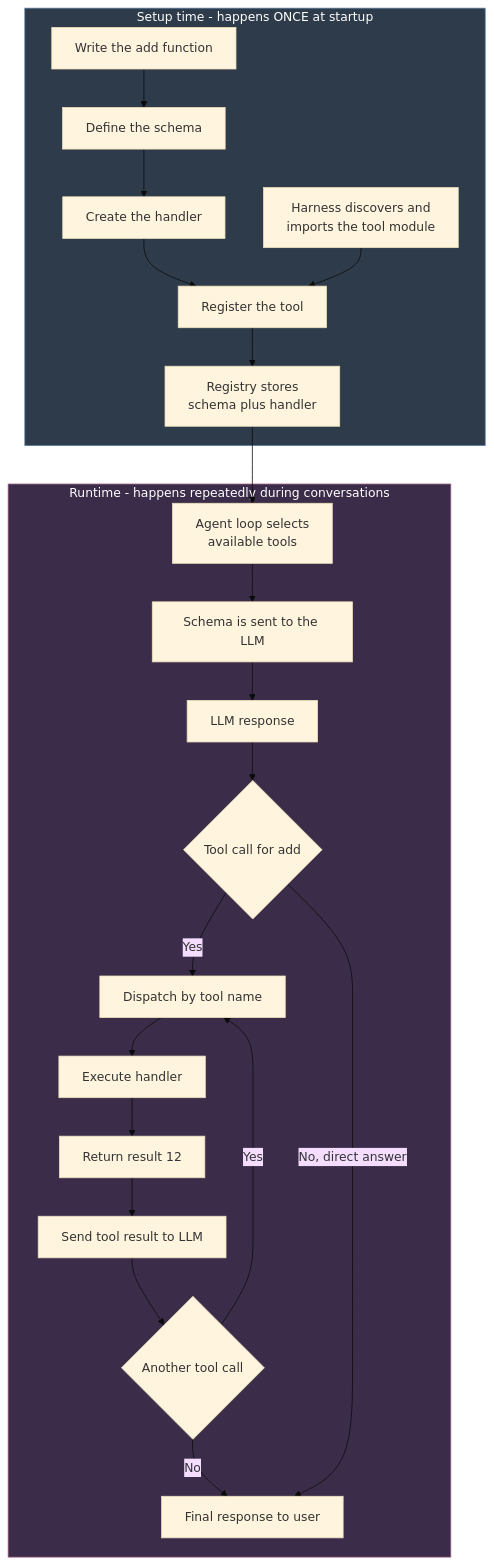
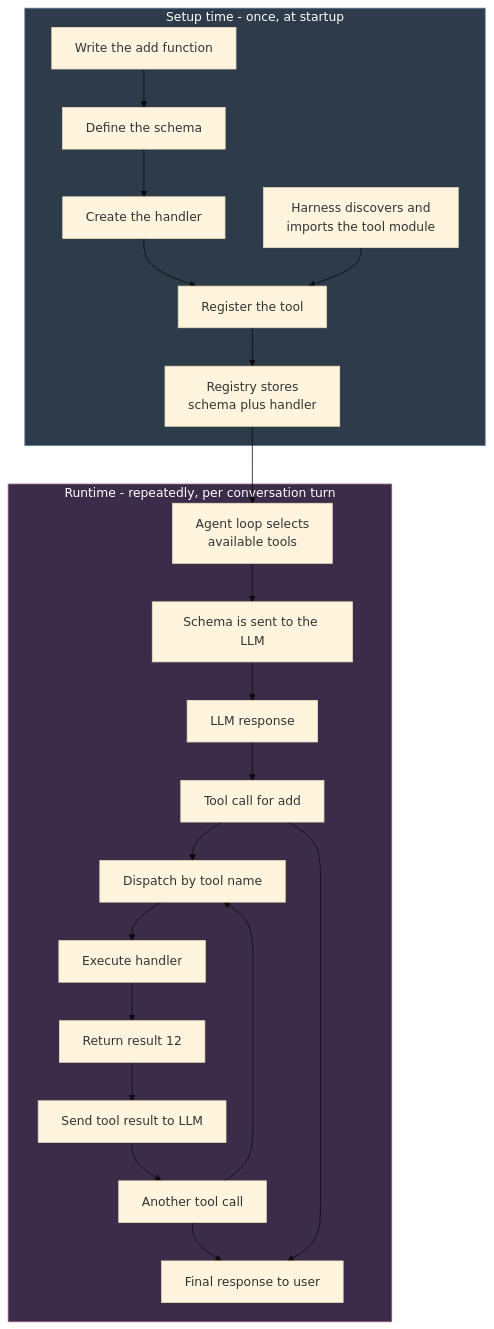
One commit to p229279-cmyk/oranare changed the diagram in docs/learn/day-02/02-tool-registry/00-big-picture.md. Above: the diagram before and after it, drawn with Mermaid (base theme).

Commit message:
Rebuild ToolRegistry lifecycle diagram to match the working style exactly
docs/learn/day-02/02-tool-registry/00-big-picture.md - the lifecycle
flowchart used decision diamonds ({...}) and edge labels (-->|Yes|)
that the ALREADY-confirmed-working diagram in
docs/engine/02-MODEL-PROVIDER.md never uses. Rebuilt to match that
diagram's exact conventions: every node is a plain rectangle ([...]),
every edge is its own separate single-arrow line (no chained A-->B-->C,
no |label| text on edges, no {decision} shapes).

Verified rendering correctness via a real headless-chromium render of
the actual extracted diagram block (not just mermaid.parse() syntax
validation) before committing - confirmed the SVG actually draws with
all nodes and both subgraphs visible.

````diff
--- a/docs/learn/day-02/02-tool-registry/00-big-picture.md
+++ b/docs/learn/day-02/02-tool-registry/00-big-picture.md
@@ -511,38 +511,46 @@
 ```mermaid
 flowchart TB
-    subgraph SETUP["Setup time - happens ONCE at startup"]
+    subgraph SETUP["Setup time - once, at startup"]
         A1["Write the add function"]
         A2["Define the schema"]
         A3["Create the handler"]
         A4["Register the tool"]
         A5["Harness discovers and<br/>imports the tool module"]
         A6["Registry stores<br/>schema plus handler"]
-        A1 --> A2 --> A3 --> A4
-        A5 --> A4
-        A4 --> A6
     end
 
-    subgraph RUNTIME["Runtime - happens repeatedly during conversations"]
+    subgraph RUNTIME["Runtime - repeatedly, per conversation turn"]
         B1["Agent loop selects<br/>available tools"]
         B2["Schema is sent to the LLM"]
         B3["LLM response"]
-        B4{"Tool call for add"}
+        B4["Tool call for add"]
         B5["Dispatch by tool name"]
         B6["Execute handler"]
         B7["Return result 12"]
         B8["Send tool result to LLM"]
-        B9{"Another tool call"}
+        B9["Another tool call"]
         B10["Final response to user"]
-
-        B1 --> B2 --> B3 --> B4
-        B4 -->|Yes| B5 --> B6 --> B7 --> B8 --> B9
-        B9 -->|Yes| B5
-        B9 -->|No| B10
-        B4 -->|No, direct answer| B10
     end
 
+    A1 --> A2
+    A2 --> A3
+    A3 --> A4
+    A5 --> A4
+    A4 --> A6
     A6 --> B1
+
+    B1 --> B2
+    B2 --> B3
+    B3 --> B4
+    B4 --> B5
+    B5 --> B6
+    B6 --> B7
+    B7 --> B8
+    B8 --> B9
+    B9 --> B5
+    B9 --> B10
+    B4 --> B10
 
     style SETUP fill:#2d3b4a,stroke:#5a7a9a,color:#ffffff
     style RUNTIME fill:#3b2d4a,stroke:#9a5a7a,color:#ffffff
 ```
````
